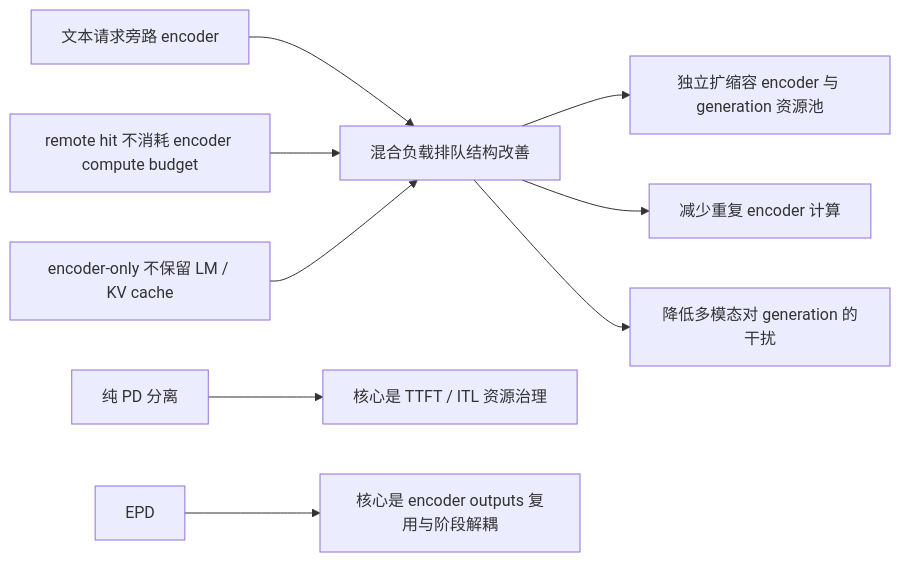
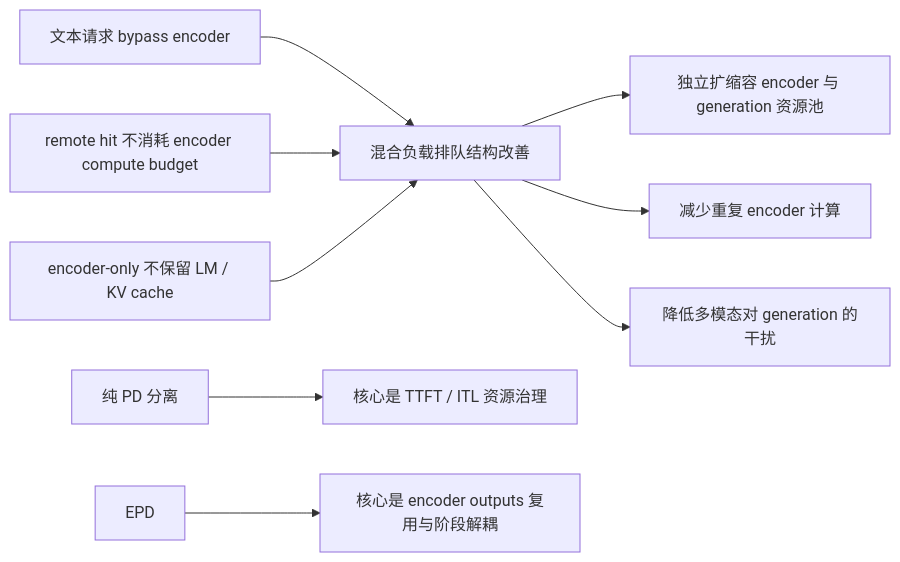
One commit to yuanlehome/blog changed diagram 17 of 19 in src/content/blog/others/inside-vllm-epd-disaggregated-encoder-prefill-decode.md. Above: the diagram before and after it, drawn with Mermaid. The commit also changed other lines of this file, not shown here.

Commit message:
Replace 旁路 with bypass in EPD article

````diff
--- a/src/content/blog/others/inside-vllm-epd-disaggregated-encoder-prefill-decode.md
+++ b/src/content/blog/others/inside-vllm-epd-disaggregated-encoder-prefill-decode.md
@@ -994,13 +994,13 @@
 ```mermaid
 flowchart LR
-  B1["文本请求旁路 encoder"] --> Q["混合负载排队结构改善"]
+  B1["文本请求 bypass encoder"] --> Q["混合负载排队结构改善"]
   B2["remote hit 不消耗 encoder compute budget"] --> Q
   B3["encoder-only 不保留 LM / KV cache"] --> Q
 
   Q --> R1["独立扩缩容 encoder 与 generation 资源池"]
   Q --> R2["减少重复 encoder 计算"]
   Q --> R3["降低多模态对 generation 的干扰"]
 
   P1["纯 PD 分离"] --> P2["核心是 TTFT / ITL 资源治理"]
   E1["EPD"] --> E2["核心是 encoder outputs 复用与阶段解耦"]
 ```
````
